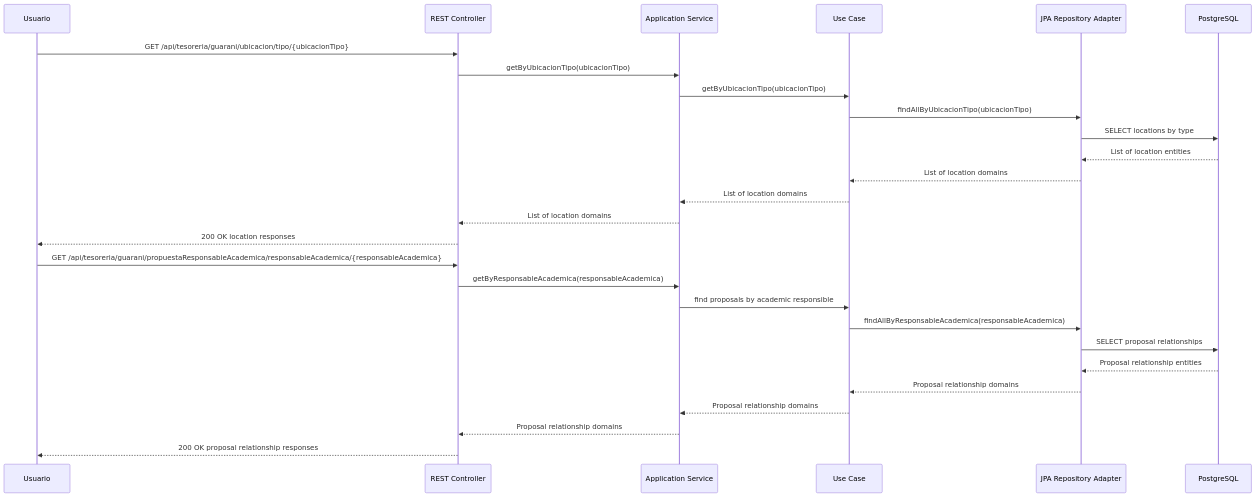
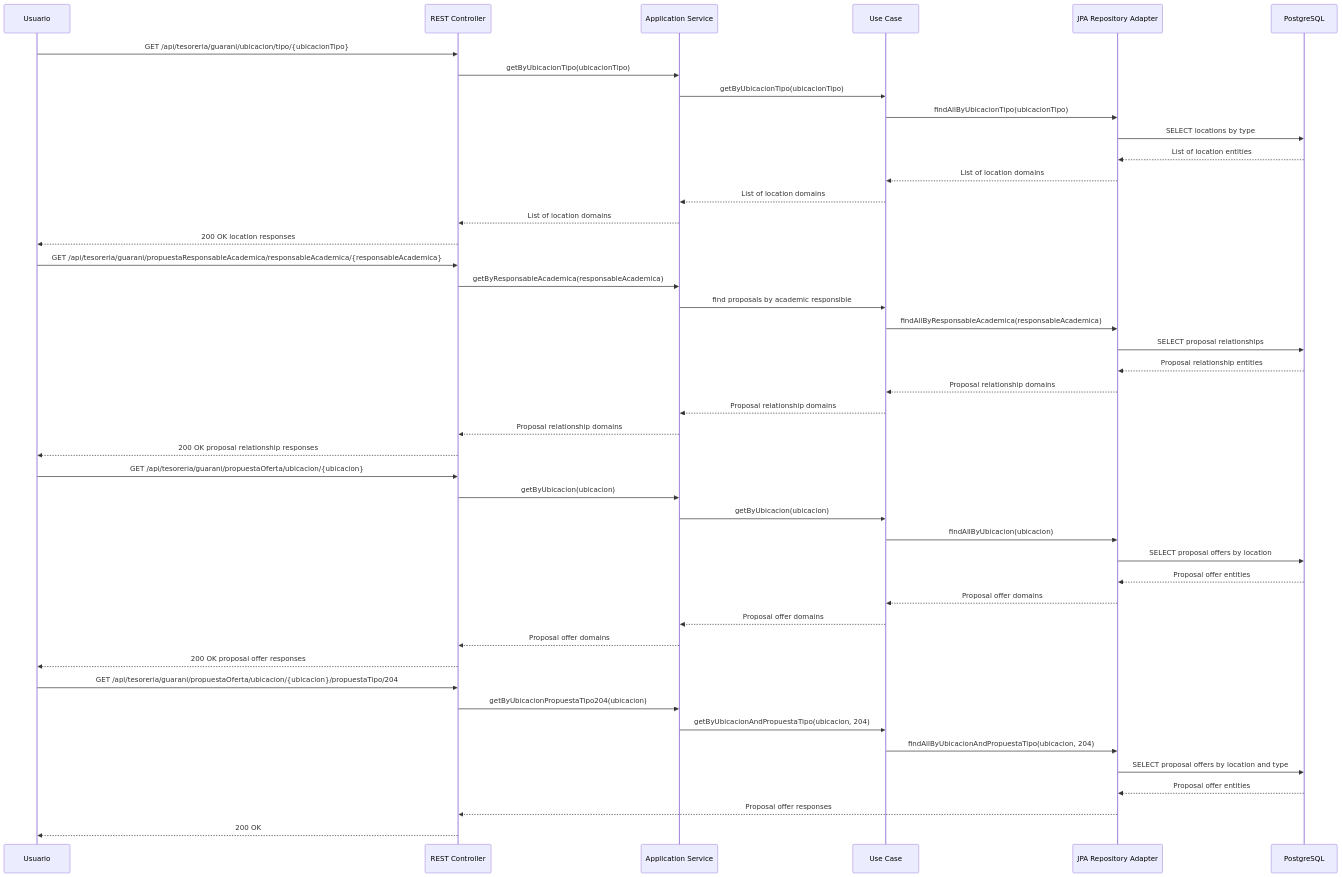
One commit to UM-services/UM.tesoreria.guarani-service changed the diagram in docs/diagrams/academic-proposal-endpoints.mmd. Above: the diagram before and after it, drawn with Mermaid. The commit also changed 29 other files, not shown here.

First line of the commit message:
feat(propuestas): add proposal offers and enrich students

```diff
--- a/docs/diagrams/academic-proposal-endpoints.mmd
+++ b/docs/diagrams/academic-proposal-endpoints.mmd
@@ -1,29 +1,49 @@
 sequenceDiagram
     participant User as Usuario
     participant REST as REST Controller
     participant Service as Application Service
     participant UseCase as Use Case
     participant JPA as JPA Repository Adapter
     participant DB as PostgreSQL
 
     User->>REST: GET /api/tesoreria/guarani/ubicacion/tipo/{ubicacionTipo}
     REST->>Service: getByUbicacionTipo(ubicacionTipo)
     Service->>UseCase: getByUbicacionTipo(ubicacionTipo)
     UseCase->>JPA: findAllByUbicacionTipo(ubicacionTipo)
     JPA->>DB: SELECT locations by type
     DB-->>JPA: List of location entities
     JPA-->>UseCase: List of location domains
     UseCase-->>Service: List of location domains
     Service-->>REST: List of location domains
     REST-->>User: 200 OK location responses
 
     User->>REST: GET /api/tesoreria/guarani/propuestaResponsableAcademica/responsableAcademica/{responsableAcademica}
     REST->>Service: getByResponsableAcademica(responsableAcademica)
     Service->>UseCase: find proposals by academic responsible
     UseCase->>JPA: findAllByResponsableAcademica(responsableAcademica)
     JPA->>DB: SELECT proposal relationships
     DB-->>JPA: Proposal relationship entities
     JPA-->>UseCase: Proposal relationship domains
     UseCase-->>Service: Proposal relationship domains
     Service-->>REST: Proposal relationship domains
     REST-->>User: 200 OK proposal relationship responses
+
+    User->>REST: GET /api/tesoreria/guarani/propuestaOferta/ubicacion/{ubicacion}
+    REST->>Service: getByUbicacion(ubicacion)
+    Service->>UseCase: getByUbicacion(ubicacion)
+    UseCase->>JPA: findAllByUbicacion(ubicacion)
+    JPA->>DB: SELECT proposal offers by location
+    DB-->>JPA: Proposal offer entities
+    JPA-->>UseCase: Proposal offer domains
+    UseCase-->>Service: Proposal offer domains
+    Service-->>REST: Proposal offer domains
+    REST-->>User: 200 OK proposal offer responses
+
+    User->>REST: GET /api/tesoreria/guarani/propuestaOferta/ubicacion/{ubicacion}/propuestaTipo/204
+    REST->>Service: getByUbicacionPropuestaTipo204(ubicacion)
+    Service->>UseCase: getByUbicacionAndPropuestaTipo(ubicacion, 204)
+    UseCase->>JPA: findAllByUbicacionAndPropuestaTipo(ubicacion, 204)
+    JPA->>DB: SELECT proposal offers by location and type
+    DB-->>JPA: Proposal offer entities
+    JPA-->>REST: Proposal offer responses
+    REST-->>User: 200 OK
```
